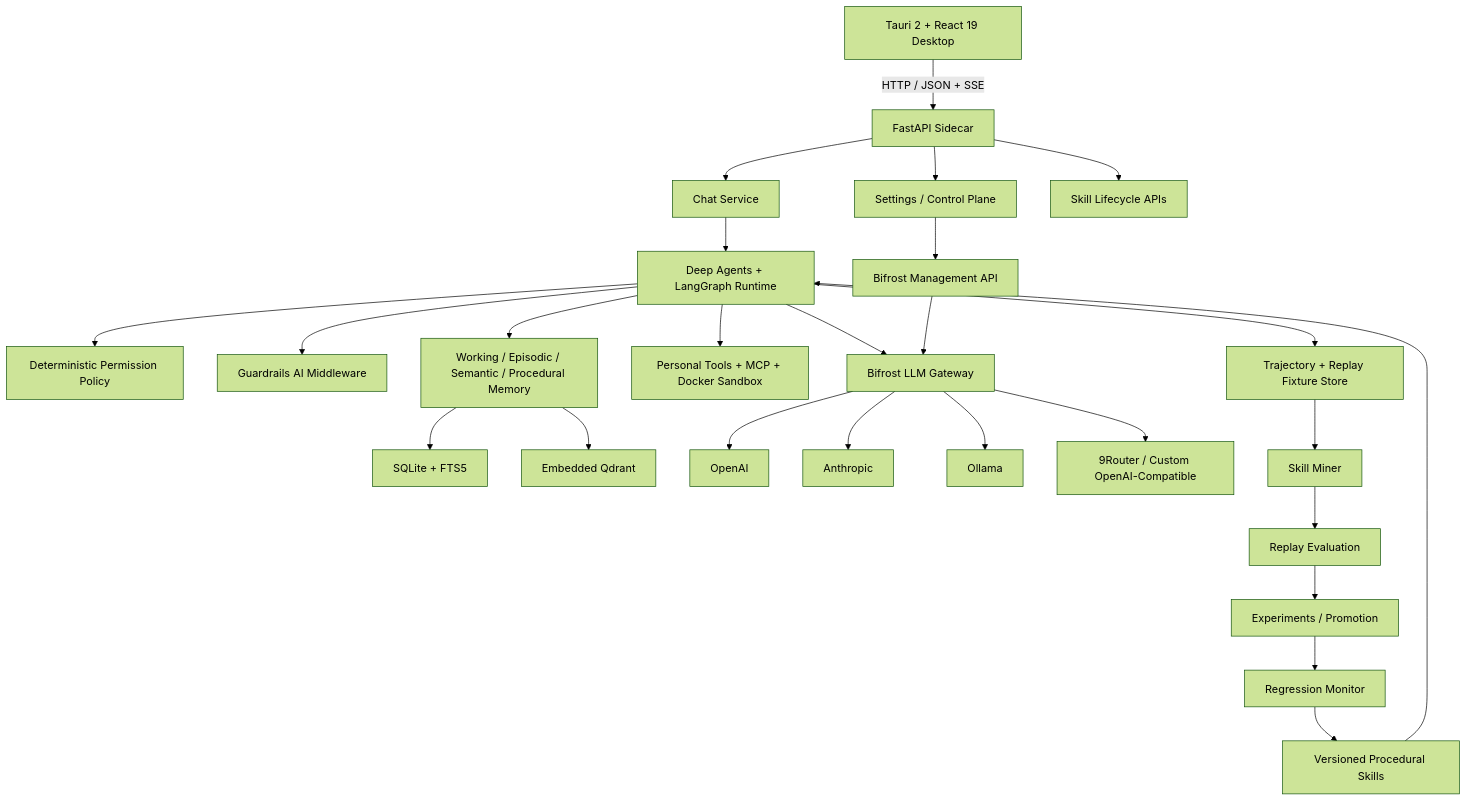
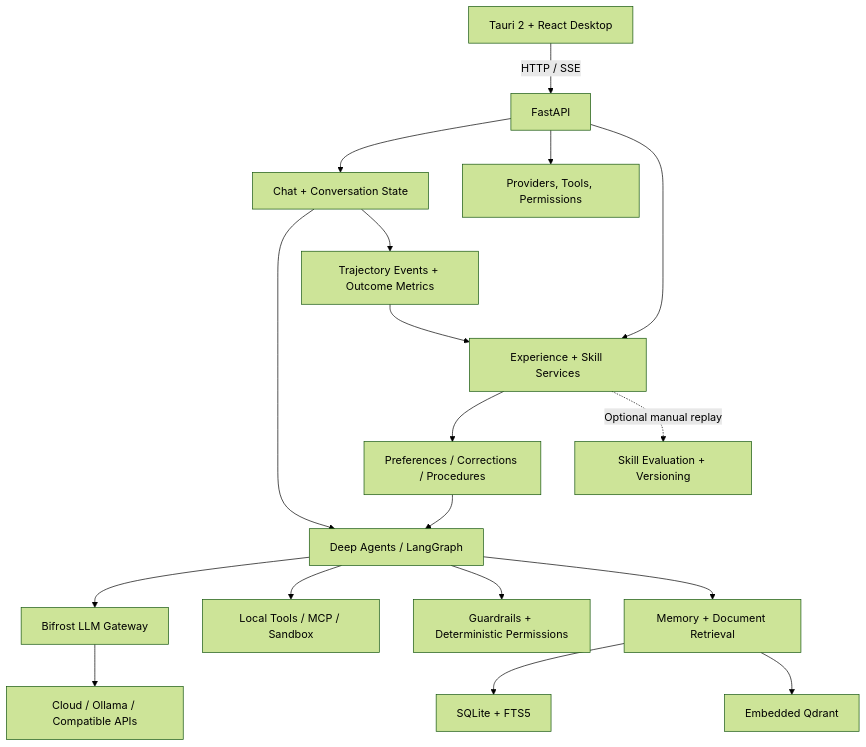
Before and after one commit to cRED-f/Trajecta: the diagram in README.md, drawn with Mermaid (forest theme). The commit also changed other lines of this file, not shown here.

````diff
--- a/README.md
+++ b/README.md
@@ -134,35 +64,21 @@
 ```mermaid
 flowchart TD
-    UI["Tauri 2 + React 19 Desktop"] -->|HTTP / JSON + SSE| API["FastAPI Sidecar"]
+    UI["Tauri 2 + React Desktop"] -->|"HTTP / SSE"| API["FastAPI"]
+    API --> CHAT["Chat + Conversation State"]
+    API --> SETTINGS["Providers, Tools, Permissions"]
+    API --> LEARN["Experience + Skill Services"]
 
-    API --> CHAT["Chat Service"]
-    API --> SETTINGS["Settings / Control Plane"]
-    API --> SKILLS["Skill Lifecycle APIs"]
-
-    CHAT --> RUNTIME["Deep Agents + LangGraph Runtime"]
-
-    RUNTIME --> POLICY["Deterministic Permission Policy"]
-    RUNTIME --> GUARD["Guardrails AI Middleware"]
-    RUNTIME --> MEMORY["Working / Episodic / Semantic / Procedural Memory"]
-    RUNTIME --> TOOLS["Personal Tools + MCP + Docker Sandbox"]
-    RUNTIME --> LLM["Bifrost LLM Gateway"]
-
-    MEMORY --> SQLITE["SQLite + FTS5"]
-    MEMORY --> QDRANT["Embedded Qdrant"]
-
-    SETTINGS --> BADMIN["Bifrost Management API"]
-    BADMIN --> LLM
-
-    LLM --> OPENAI["OpenAI"]
-    LLM --> ANTHROPIC["Anthropic"]
-    LLM --> OLLAMA["Ollama"]
-    LLM --> ROUTER["9Router / Custom OpenAI-Compatible"]
-
-    RUNTIME --> TRAJ["Trajectory + Replay Fixture Store"]
-    TRAJ --> MINER["Skill Miner"]
-    MINER --> EVAL["Replay Evaluation"]
-    EVAL --> EXP["Experiments / Promotion"]
-    EXP --> REG["Regression Monitor"]
-    REG --> PROC["Versioned Procedural Skills"]
-    PROC --> RUNTIME
+    CHAT --> AGENT["Deep Agents / LangGraph"]
+    AGENT --> GATEWAY["Bifrost LLM Gateway"]
+    GATEWAY --> MODELS["Cloud / Ollama / Compatible APIs"]
+    AGENT --> ACTIONS["Local Tools / MCP / Sandbox"]
+    AGENT --> POLICY["Guardrails + Deterministic Permissions"]
+    AGENT --> MEM["Memory + Document Retrieval"]
+    MEM --> SQLITE["SQLite + FTS5"]
+    MEM --> VECTOR["Embedded Qdrant"]
+    CHAT --> EVENTS["Trajectory Events + Outcome Metrics"]
+    EVENTS --> LEARN
+    LEARN --> EXPERIENCE["Preferences / Corrections / Procedures"]
+    EXPERIENCE --> AGENT
+    LEARN -. "Optional manual replay" .-> EVAL["Skill Evaluation + Versioning"]
 ```
````
